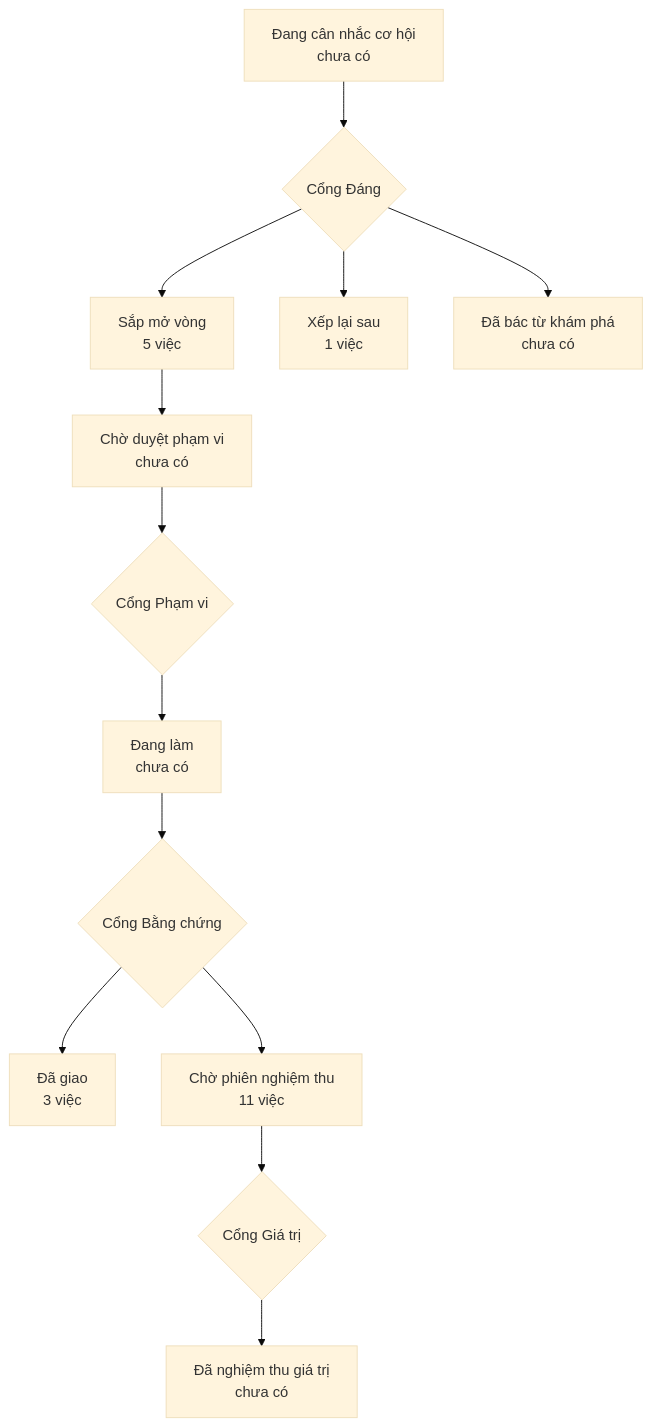
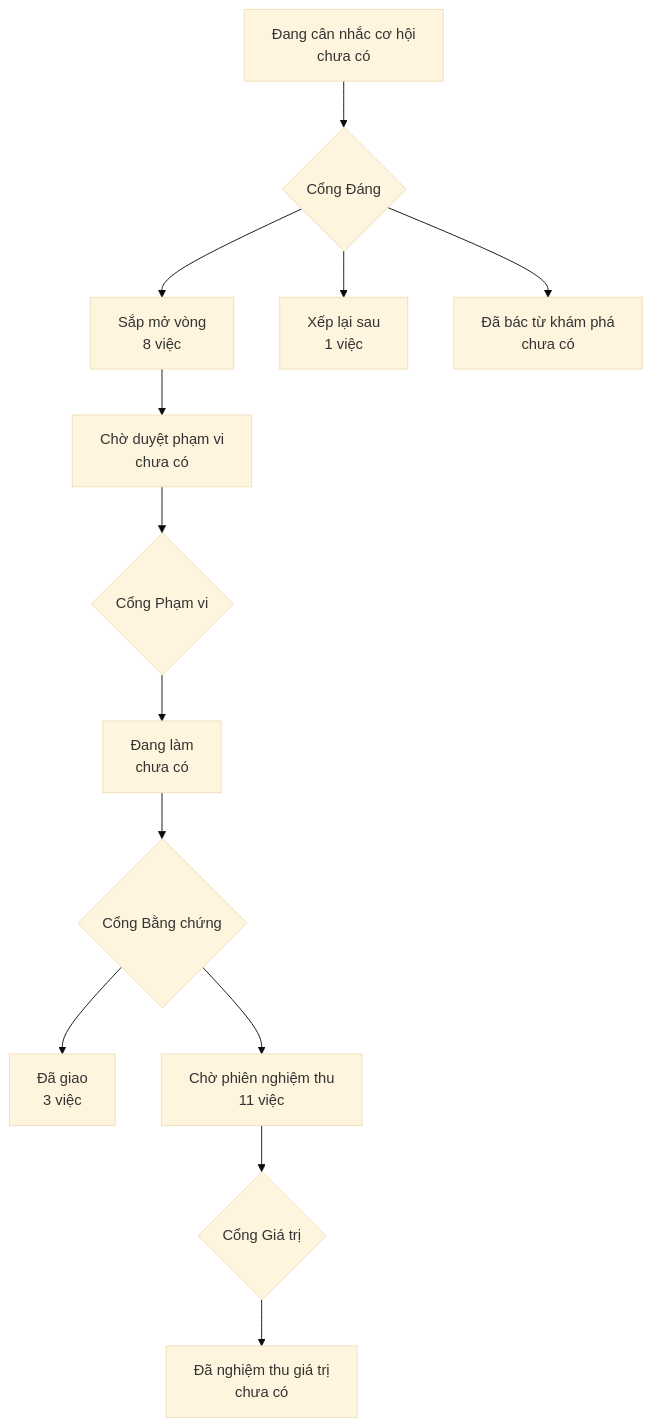
The diagram in PRODUCT-MAP.md (phanlemanh/onehub-quy-hang), drawn with Mermaid (base theme) before and after one commit. The commit also changed other lines of this file and 7 other files, not shown here.

````diff
--- a/PRODUCT-MAP.md
+++ b/PRODUCT-MAP.md
@@ -7,12 +7,12 @@
 ```mermaid
 flowchart TD
   A["Đang cân nhắc cơ hội<br/>chưa có"] --> GD{"Cổng Đáng"}
-  GD --> B["Sắp mở vòng<br/>5 việc"]
+  GD --> B["Sắp mở vòng<br/>8 việc"]
   GD --> XL["Xếp lại sau<br/>1 việc"]
   GD --> DB["Đã bác từ khám phá<br/>chưa có"]
   B --> CD["Chờ duyệt phạm vi<br/>chưa có"] --> GP{"Cổng Phạm vi"}
   GP --> DL["Đang làm<br/>chưa có"] --> GB{"Cổng Bằng chứng"}
   GB --> DG["Đã giao<br/>3 việc"]
   GB --> CN["Chờ phiên nghiệm thu<br/>11 việc"] --> GG{"Cổng Giá trị"}
   GG --> NT["Đã nghiệm thu giá trị<br/>chưa có"]
 ```
````
